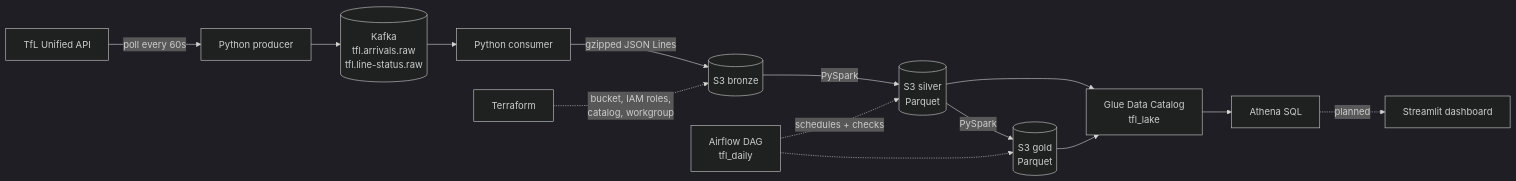
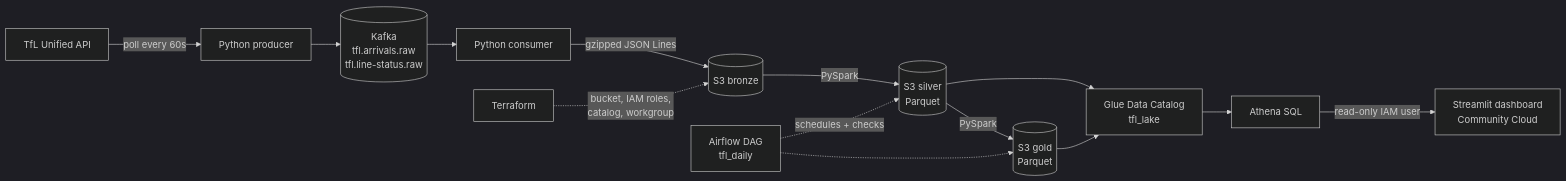
One commit to Muhammad234871/tfl-streaming-pipeline changed the first of 2 diagrams in README.md. Above: the diagram before and after it, drawn with Mermaid (dark theme). The commit also changed other lines of this file and 2 other files, not shown here.

Commit message:
README: dashboard section, screenshots, least-privilege table, Phase 6 done

````diff
--- a/README.md
+++ b/README.md
@@ -20,16 +23,16 @@
 ```mermaid
 flowchart LR
     A[TfL Unified API] -->|poll every 60s| B[Python producer]
     B --> C[(Kafka<br/>tfl.arrivals.raw<br/>tfl.line-status.raw)]
     C --> D[Python consumer]
     D -->|gzipped JSON Lines| E[(S3 bronze)]
     E -->|PySpark| F[(S3 silver<br/>Parquet)]
     F -->|PySpark| G[(S3 gold<br/>Parquet)]
     F --> K[Glue Data Catalog<br/>tfl_lake]
     G --> K
     K --> H[Athena SQL]
     W[Airflow DAG<br/>tfl_daily] -.->|schedules + checks| F
     W -.-> G
     T[Terraform] -.->|bucket, IAM roles,<br/>catalog, workgroup| E
-    H -.->|planned| I[Streamlit dashboard]
+    H -->|read-only IAM user| I[Streamlit dashboard<br/>Community Cloud]
 ```
````
